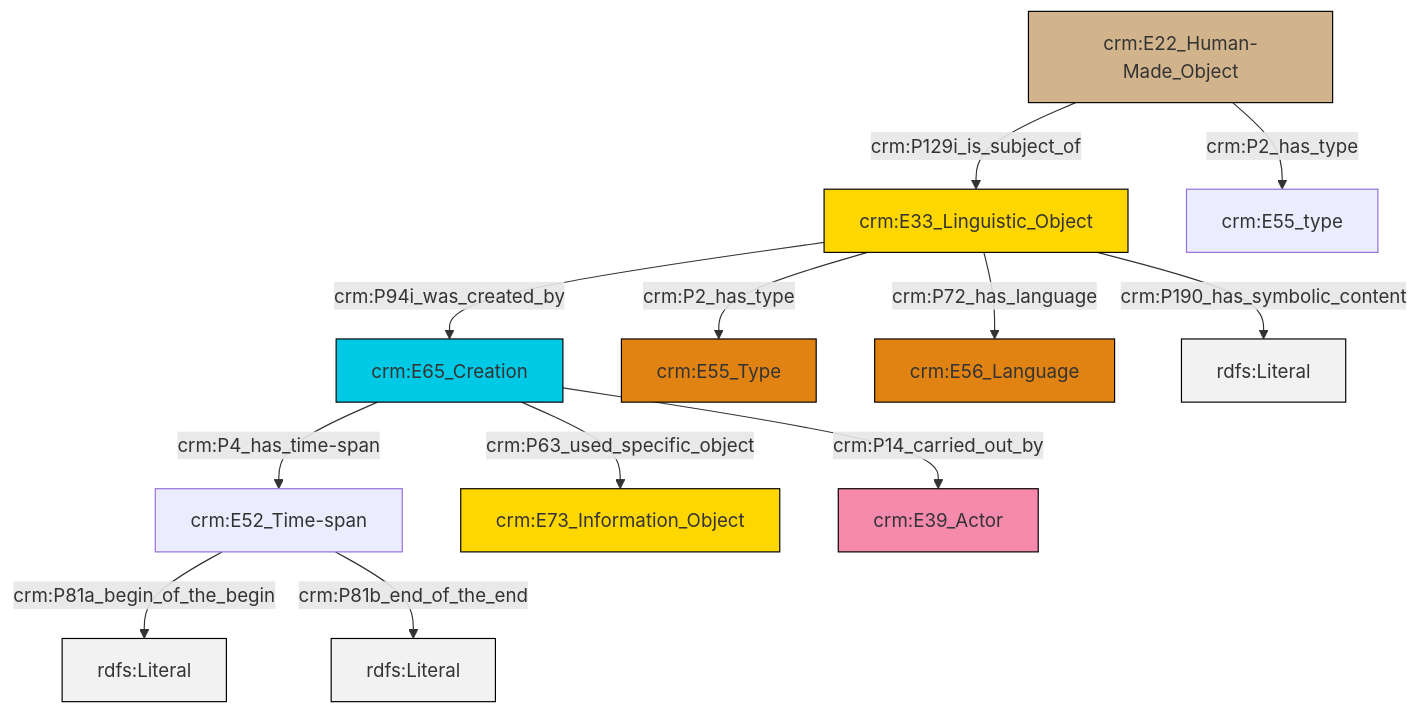
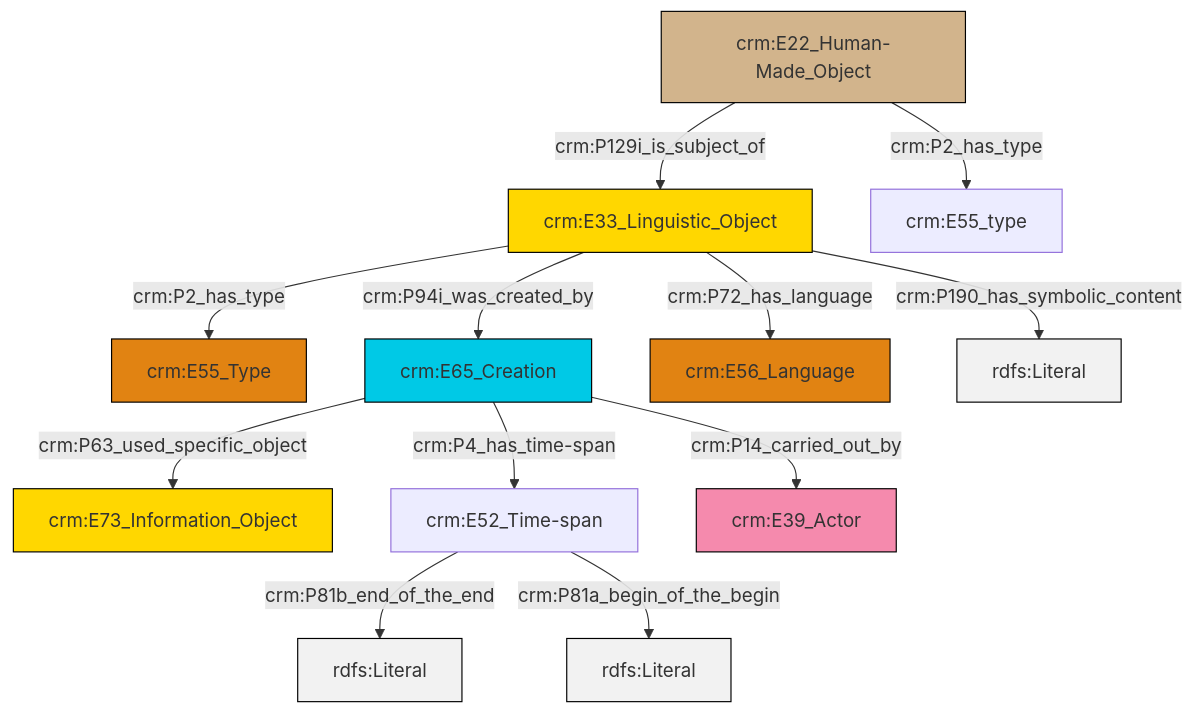
The diagram in et/builtWorkCSV/ttl/mmd/Built_Work_description.ttl.mmd (swiss-art-research-net/reference-data-models), drawn with Mermaid before and after one commit. The commit also changed 130 other files, not shown here.

```diff
--- a/et/builtWorkCSV/ttl/mmd/Built_Work_description.ttl.mmd
+++ b/et/builtWorkCSV/ttl/mmd/Built_Work_description.ttl.mmd
@@ -1,26 +1,26 @@
 graph TD
 classDef Literal fill:#f2f2f2,stroke:#000000;
 classDef CRM_Entity fill:#FFFFFF,stroke:#000000;
 classDef Temporal_Entity fill:#00C9E6, stroke:#000000;
 classDef Type fill:#E18312, stroke:#000000;
 classDef Time-Span fill:#2C9C91, stroke:#000000;
 classDef Appellation fill:#FFEB7F, stroke:#000000;
 classDef Place fill:#008836, stroke:#000000;
 classDef Persistent_Item fill:#B266B2, stroke:#000000;
 classDef Conceptual_Object fill:#FFD700, stroke:#000000;
 classDef Physical_Thing fill:#D2B48C, stroke:#000000;
 classDef Actor fill:#f58aad, stroke:#000000;
 classDef PC_Classes fill:#4ce600, stroke:#000000;
 classDef Multi fill:#cccccc,stroke:#000000;
 
-0["crm:E52_Time-span"]:::Default -->|crm:P81a_begin_of_the_begin| 1[rdfs:Literal]:::Literal
-5["crm:E33_Linguistic_Object"]:::Conceptual_Object -->|crm:P2_has_type| 6["crm:E55_Type"]:::Type
-5["crm:E33_Linguistic_Object"]:::Conceptual_Object -->|crm:P94i_was_created_by| 3["crm:E65_Creation"]:::Temporal_Entity
-10["crm:E22_Human-Made_Object"]:::Physical_Thing -->|crm:P2_has_type| 7["crm:E55_type"]:::Default
-0["crm:E52_Time-span"]:::Default -->|crm:P81b_end_of_the_end| 15[rdfs:Literal]:::Literal
-3["crm:E65_Creation"]:::Temporal_Entity -->|crm:P14_carried_out_by| 13["crm:E39_Actor"]:::Actor
-3["crm:E65_Creation"]:::Temporal_Entity -->|crm:P4_has_time-span| 0["crm:E52_Time-span"]:::Default
-3["crm:E65_Creation"]:::Temporal_Entity -->|crm:P63_used_specific_object| 11["crm:E73_Information_Object"]:::Conceptual_Object
-10["crm:E22_Human-Made_Object"]:::Physical_Thing -->|crm:P129i_is_subject_of| 5["crm:E33_Linguistic_Object"]:::Conceptual_Object
-5["crm:E33_Linguistic_Object"]:::Conceptual_Object -->|crm:P72_has_language| 16["crm:E56_Language"]:::Type
-5["crm:E33_Linguistic_Object"]:::Conceptual_Object -->|crm:P190_has_symbolic_content| 20[rdfs:Literal]:::Literal
+0["crm:E33_Linguistic_Object"]:::Conceptual_Object -->|crm:P2_has_type| 1["crm:E55_Type"]:::Type
+6["crm:E22_Human-Made_Object"]:::Physical_Thing -->|crm:P129i_is_subject_of| 0["crm:E33_Linguistic_Object"]:::Conceptual_Object
+9["crm:E52_Time-span"]:::Default -->|crm:P81b_end_of_the_end| 10[rdfs:Literal]:::Literal
+0["crm:E33_Linguistic_Object"]:::Conceptual_Object -->|crm:P94i_was_created_by| 11["crm:E65_Creation"]:::Temporal_Entity
+0["crm:E33_Linguistic_Object"]:::Conceptual_Object -->|crm:P72_has_language| 12["crm:E56_Language"]:::Type
+0["crm:E33_Linguistic_Object"]:::Conceptual_Object -->|crm:P190_has_symbolic_content| 13[rdfs:Literal]:::Literal
+11["crm:E65_Creation"]:::Temporal_Entity -->|crm:P4_has_time-span| 9["crm:E52_Time-span"]:::Default
+6["crm:E22_Human-Made_Object"]:::Physical_Thing -->|crm:P2_has_type| 2["crm:E55_type"]:::Default
+11["crm:E65_Creation"]:::Temporal_Entity -->|crm:P63_used_specific_object| 7["crm:E73_Information_Object"]:::Conceptual_Object
+11["crm:E65_Creation"]:::Temporal_Entity -->|crm:P14_carried_out_by| 17["crm:E39_Actor"]:::Actor
+9["crm:E52_Time-span"]:::Default -->|crm:P81a_begin_of_the_begin| 19[rdfs:Literal]:::Literal
```
